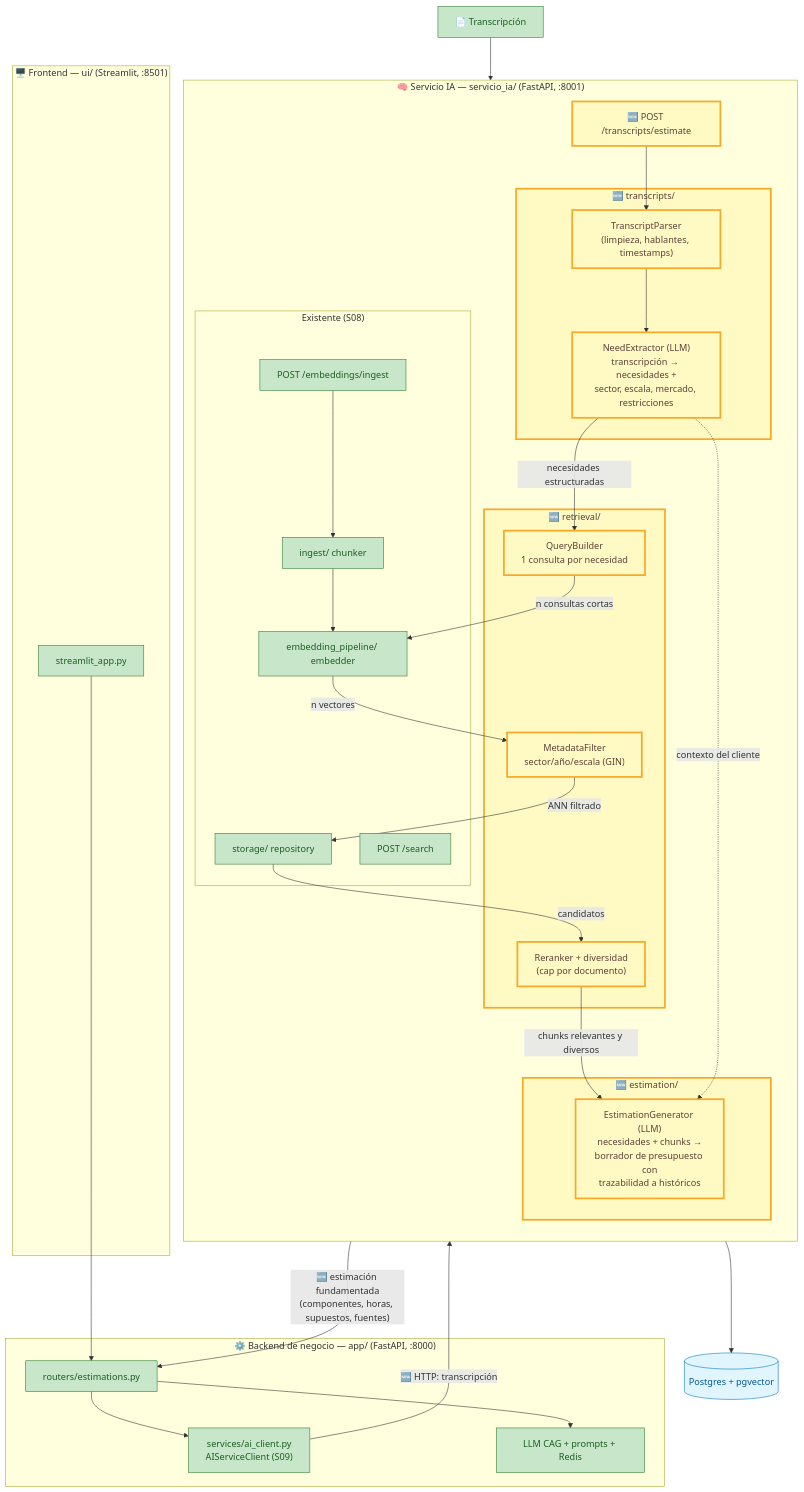
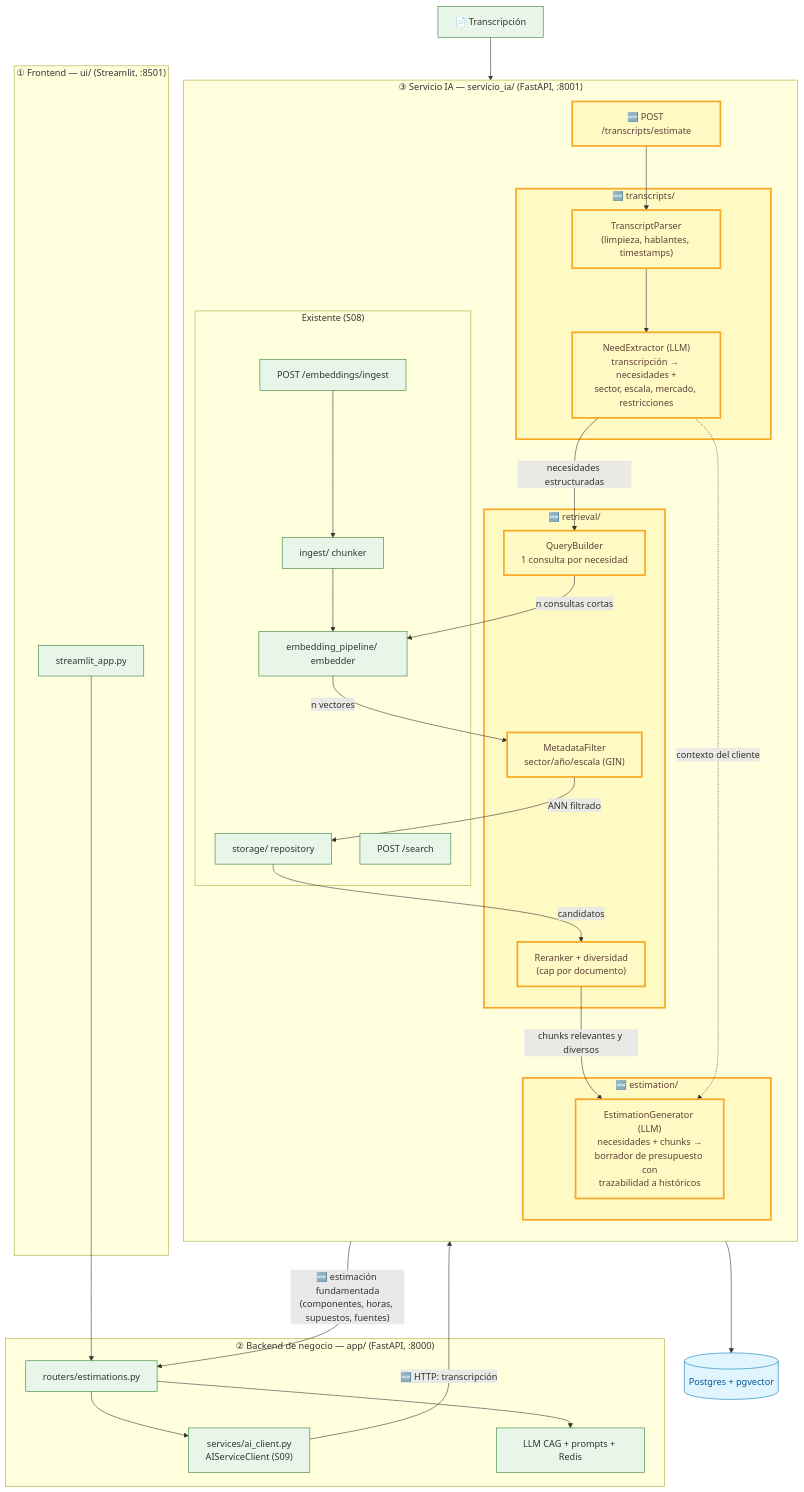
Before and after one commit to gvlpedro/estimator: the second of 2 diagrams in arquitectura-actual.md, drawn with Mermaid. The commit also changed other lines of this file, not shown here.

Commit message:
docs: restructure architecture diagnosis to match expected deliverable format

````diff
--- a/arquitectura-actual.md
+++ b/arquitectura-actual.md
@@ -288,65 +354,64 @@
 ```mermaid
 flowchart TB
-    subgraph FE["🖥️ Frontend — ui/ (Streamlit, :8501)"]
+    subgraph FE["① Frontend — ui/ (Streamlit, :8501)"]
         UI[streamlit_app.py]
     end
 
-    subgraph BE["⚙️ Backend de negocio — app/ (FastAPI, :8000)"]
+    subgraph BIZ["② Backend de negocio — app/ (FastAPI, :8000)"]
         EST["routers/estimations.py"]
-        AICL["services/ai_client.py<br/>AIServiceClient (S09)"]
+        AIClient["services/ai_client.py<br/>AIServiceClient (S09)"]
         LLM["LLM CAG + prompts + Redis"]
     end
 
-    subgraph IA["🧠 Servicio IA — servicio_ia/ (FastAPI, :8001)"]
+    subgraph AI["③ Servicio IA — servicio_ia/ (FastAPI, :8001)"]
         direction TB
         subgraph TRM["🆕 transcripts/"]
             TP["TranscriptParser<br/>(limpieza, hablantes, timestamps)"]
             NE["NeedExtractor (LLM)<br/>transcripción → necesidades +<br/>sector, escala, mercado, restricciones"]
         end
         subgraph RET["🆕 retrieval/"]
             QB["QueryBuilder<br/>1 consulta por necesidad"]
             MF["MetadataFilter<br/>sector/año/escala (GIN)"]
             RR["Reranker + diversidad<br/>(cap por documento)"]
         end
         subgraph GEN["🆕 estimation/"]
             EG["EstimationGenerator (LLM)<br/>necesidades + chunks →<br/>borrador de presupuesto con<br/>trazabilidad a históricos"]
         end
         NEW_EP["🆕 POST /transcripts/estimate"]
         subgraph EXIST["Existente (S08)"]
             ING_EP["POST /embeddings/ingest"]
             CHK["ingest/ chunker"]
             EMBD["embedding_pipeline/ embedder"]
             REPO["storage/ repository"]
             SRCH_EP["POST /search"]
         end
     end
 
     PG[("Postgres + pgvector")]
 
     TRANS["📄 Transcripción"]
 
     UI --> EST
-    EST --> AICL
-    AICL -->|"🆕 HTTP: transcripción"| NEW_EP
+    EST --> AIClient
+    AIClient -->|"🆕 HTTP: transcripción"| NEW_EP
     NEW_EP --> TP --> NE
     NE -->|"necesidades estructuradas"| QB
     QB -->|"n consultas cortas"| EMBD
     EMBD -->|"n vectores"| MF
     MF -->|"ANN filtrado"| REPO
     REPO -->|"candidatos"| RR
     RR -->|"chunks relevantes y diversos"| EG
     NE -.->|"contexto del cliente"| EG
     EG -->|"🆕 estimación fundamentada<br/>(componentes, horas, supuestos, fuentes)"| EST
     EST --> LLM
     ING_EP --> CHK --> EMBD
     REPO --> PG
     TRANS --> NEW_EP
 
-    classDef done fill:#c8e6c9,stroke:#2e7d32,color:#1b5e20
+    classDef done fill:#e8f5e9,stroke:#2e7d32,stroke-width:1px
     classDef nueva fill:#fff9c4,stroke:#f9a825,color:#5d4037,stroke-width:3px
     classDef infra fill:#e1f5fe,stroke:#0277bd,color:#01579b
-    class ING_EP,CHK,EMBD,REPO,SRCH_EP,EST,AICL,LLM,UI done
+    class ING_EP,CHK,EMBD,REPO,SRCH_EP,EST,AIClient,LLM,UI,TRANS done
     class TP,NE,QB,MF,RR,EG,NEW_EP,TRM,RET,GEN nueva
     class PG infra
-    class TRANS done
 ```
````
